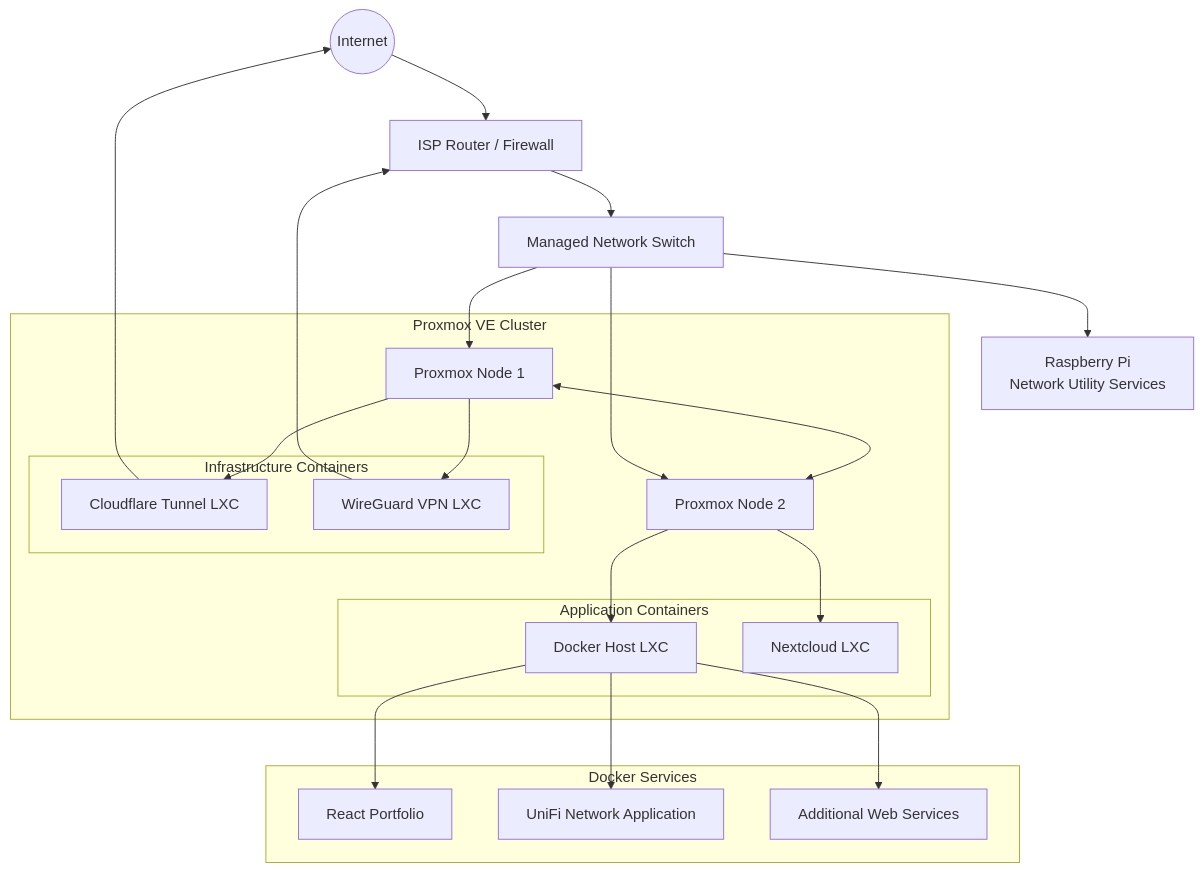
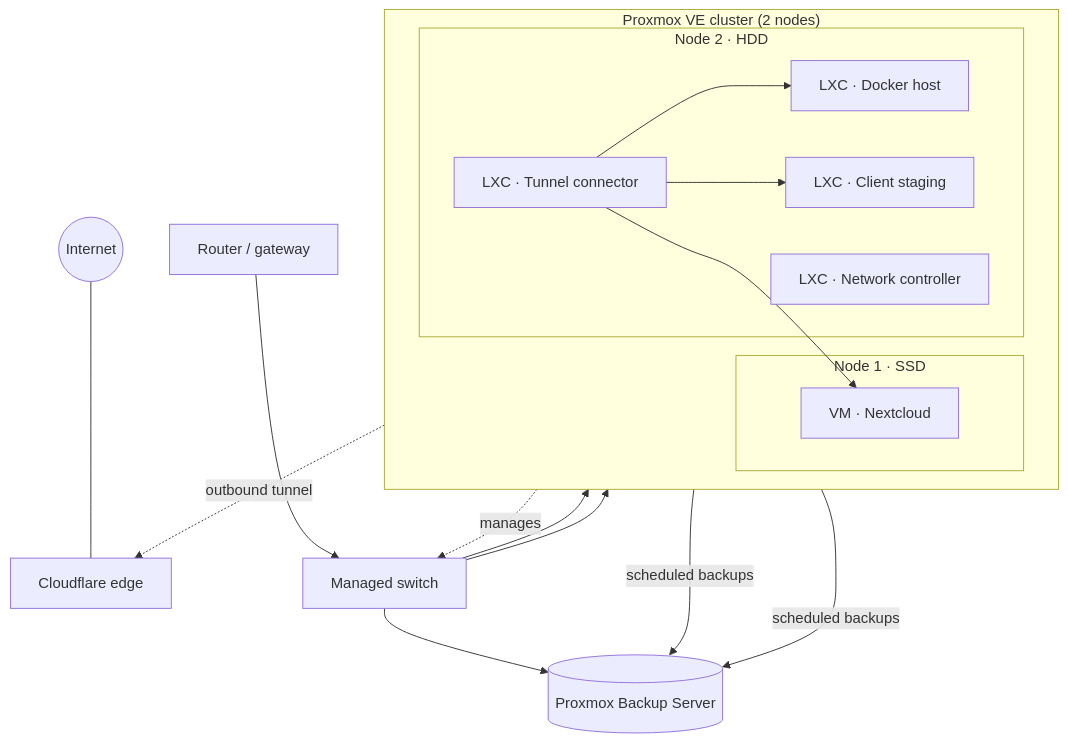
One commit to bugHunte3R/Proxmox changed the diagram in README.md. Above: the diagram before and after it, drawn with Mermaid. The commit also changed other lines of this file and 13 other files, not shown here.

Commit message:
docs: describe the homelab architecture and realisations with generic labels

````diff
--- a/README.md
+++ b/README.md
@@ -38,49 +32,36 @@
 ```mermaid
 flowchart TB
     Internet((Internet))
-    Router[ISP Router / Firewall]
-    Switch[Managed Network Switch]
-    Pi[Raspberry Pi<br/>Network Utility Services]
+    CF[Cloudflare edge]
+    GW[Router / gateway]
+    SW[Managed switch]
 
-    Internet --> Router
-    Router --> Switch
-    Switch --> Pi
+    GW --> SW
+    Internet --- CF
 
-    subgraph Cluster[Proxmox VE Cluster]
-        PVE1[Proxmox Node 1]
-        PVE2[Proxmox Node 2]
-
-        PVE1 <--> PVE2
-
-        subgraph InfraLXC[Infrastructure Containers]
-            CloudflareLXC[Cloudflare Tunnel LXC]
-            WireGuardLXC[WireGuard VPN LXC]
+    subgraph Cluster["Proxmox VE cluster (2 nodes)"]
+        direction LR
+        subgraph N1["Node 1 · SSD"]
+            NC["VM · Nextcloud"]
         end
-
-        subgraph AppLXC[Application Containers]
-            DockerHost[Docker Host LXC]
-            NextcloudLXC[Nextcloud LXC]
+        subgraph N2["Node 2 · HDD"]
+            DK["LXC · Docker host"]
+            TUN["LXC · Tunnel connector"]
+            NET["LXC · Network controller"]
+            STG["LXC · Client staging"]
         end
-
-        PVE1 --> CloudflareLXC
-        PVE1 --> WireGuardLXC
-        PVE2 --> DockerHost
-        PVE2 --> NextcloudLXC
     end
 
-    Switch --> PVE1
-    Switch --> PVE2
+    PBS[("Proxmox Backup Server")]
 
-    subgraph DockerServices[Docker Services]
-        Portfolio[React Portfolio]
-        UniFi[UniFi Network Application]
-        Additional[Additional Web Services]
-    end
+    SW --> N1
+    SW --> N2
+    SW --> PBS
 
-    DockerHost --> Portfolio
-    DockerHost --> UniFi
-    DockerHost --> Additional
-
-    CloudflareLXC --> Internet
-    WireGuardLXC --> Router
+    TUN -. "outbound tunnel" .-> CF
+    TUN --> NC
+    TUN --> DK
+    TUN --> STG
+    NET -. manages .-> SW
+    N1 & N2 -->|scheduled backups| PBS
 ```
````
